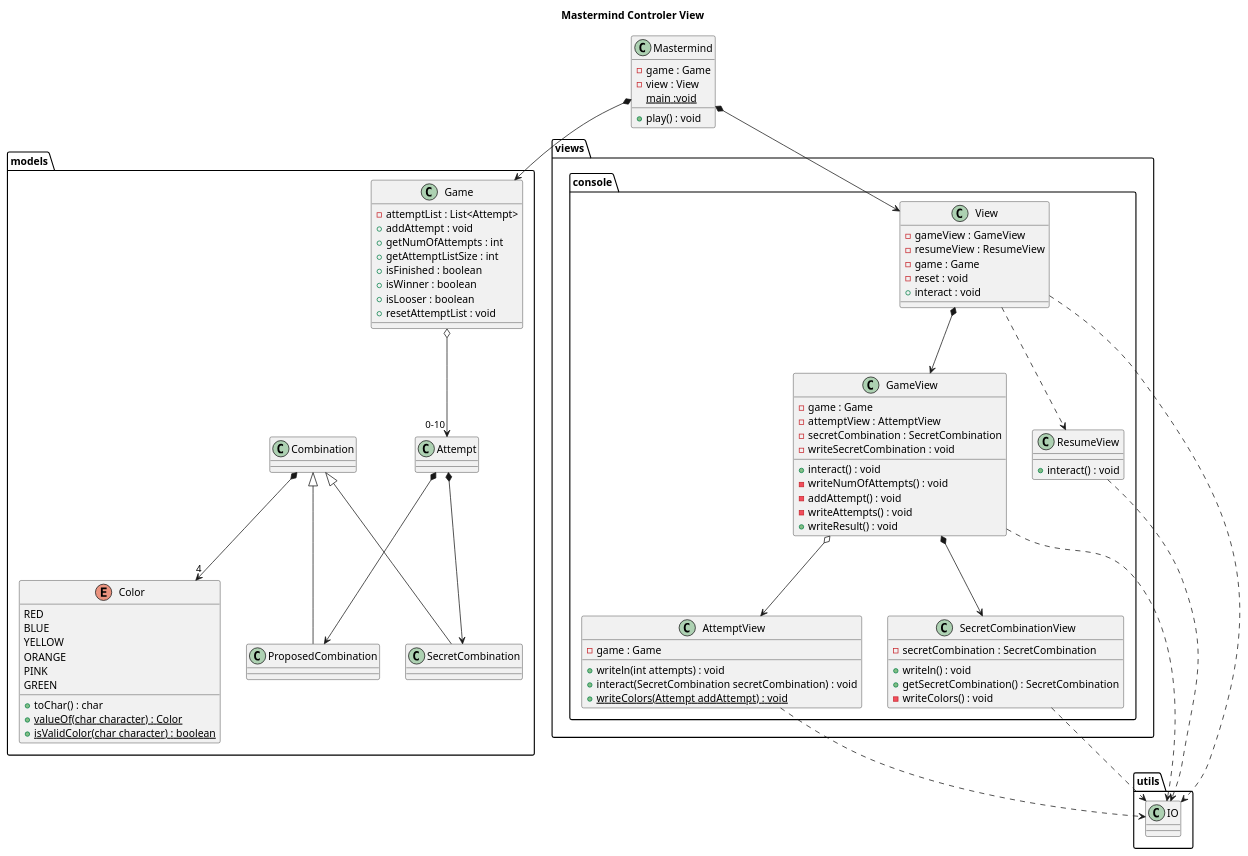
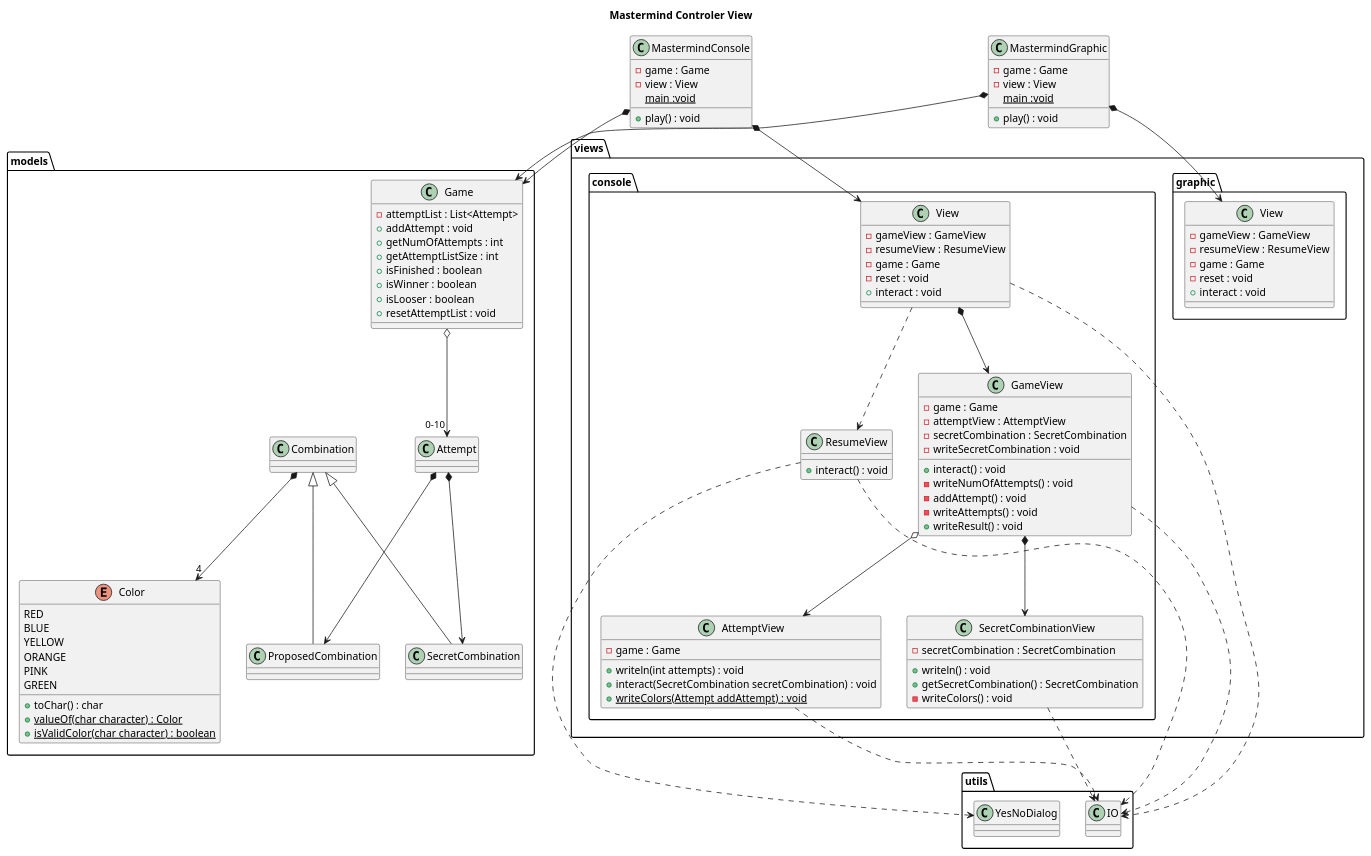
One commit to Master-Desarrollo-20-21/diseno-oo-ejercicio2-mastermind-document-view-jumpering changed the diagram in Document View UML/mastermind-document-view.puml. Above: the diagram before and after it, drawn with PlantUML. The commit also changed 1 other file, not shown here.

```diff
--- a/Document View UML/mastermind-document-view.puml
+++ b/Document View UML/mastermind-document-view.puml
@@ -1,94 +1,111 @@
 @startuml
 
 title Mastermind Controler View
 
-class Mastermind{
+class MastermindConsole{
 - game : Game
 - view : View
 + play() : void
 {static} main :void
 }
+MastermindConsole *--> models.Game
+MastermindConsole *--> views.console.View
+class MastermindGraphic{
+- game : Game
+- view : View
++ play() : void
+{static} main :void
+}
+MastermindGraphic *--> models.Game
+MastermindGraphic *--> views.graphic.View
 
-Mastermind *--> models.Game
-Mastermind *--> views.console.View
+
+namespace views.graphic{
+class View{
+- gameView : GameView
+- resumeView : ResumeView
+- game : Game
+- reset : void
++ interact : void
+}
+}
 namespace views.console{
 class View{
 - gameView : GameView
 - resumeView : ResumeView
 - game : Game
 - reset : void
 + interact : void
-
 }
 class GameView{
 - game : Game
 - attemptView : AttemptView
 - secretCombination : SecretCombination
 + interact() : void
 - writeNumOfAttempts() : void
 - writeSecretCombination : void
 - addAttempt() : void
 - writeAttempts() : void
 + writeResult() : void
 }
 class ResumeView{
 + interact() : void
 }
 class AttemptView{
 - game : Game
 + writeln(int attempts) : void
 + interact(SecretCombination secretCombination) : void
 +{static} writeColors(Attempt addAttempt) : void
 }
 class SecretCombinationView{
 - secretCombination : SecretCombination
 + writeln() : void
 + getSecretCombination() : SecretCombination
 - writeColors() : void
 }
 View *--> GameView
 View ..> ResumeView
 GameView o--> AttemptView
 GameView *--> SecretCombinationView
 }
 
 namespace models{
 Enum Color{
 RED
 BLUE
 YELLOW
 ORANGE
 PINK
 GREEN
 + toChar() : char
 + {static} valueOf(char character) : Color
 + {static} isValidColor(char character) : boolean
 }
 class Game{
 - attemptList : List<Attempt>
 + addAttempt : void
 + getNumOfAttempts : int
 + getAttemptListSize : int
 + isFinished : boolean
 + isWinner : boolean
 + isLooser : boolean
 + resetAttemptList : void
 }
 Game o-->"0-10" Attempt
 Attempt *--> ProposedCombination
 Attempt *--> SecretCombination
 Combination <|-down- ProposedCombination
 Combination <|-down- SecretCombination
 Combination *-->"4" Color
 }
 
 namespace utils{
 views.console.View ..> IO
 views.console.GameView ..> IO
 views.console.ResumeView ..> IO
 views.console.SecretCombinationView ..> IO
 views.console.AttemptView ..> IO
-
+views.console.ResumeView ..> YesNoDialog
 
 }
 @enduml
```
